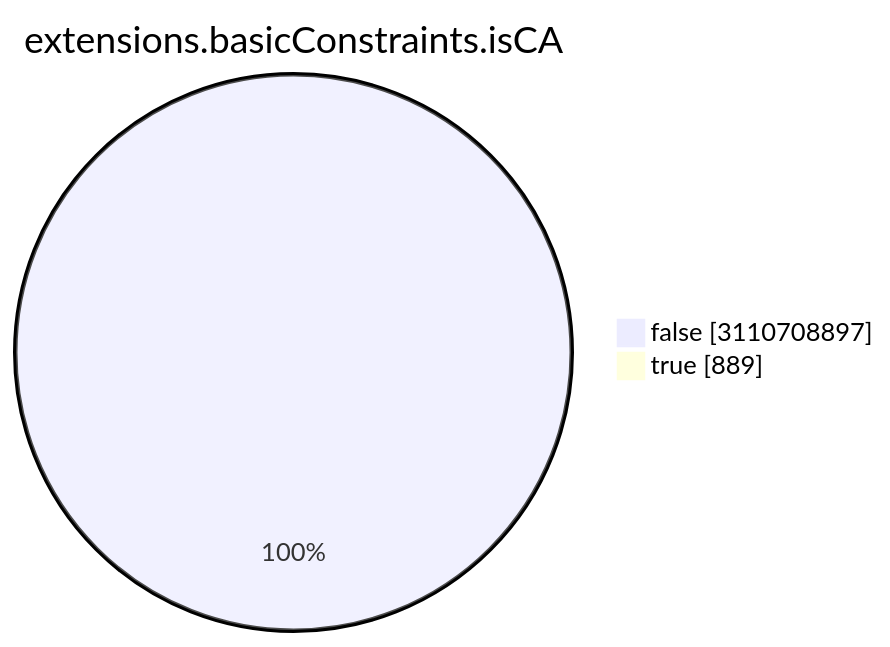
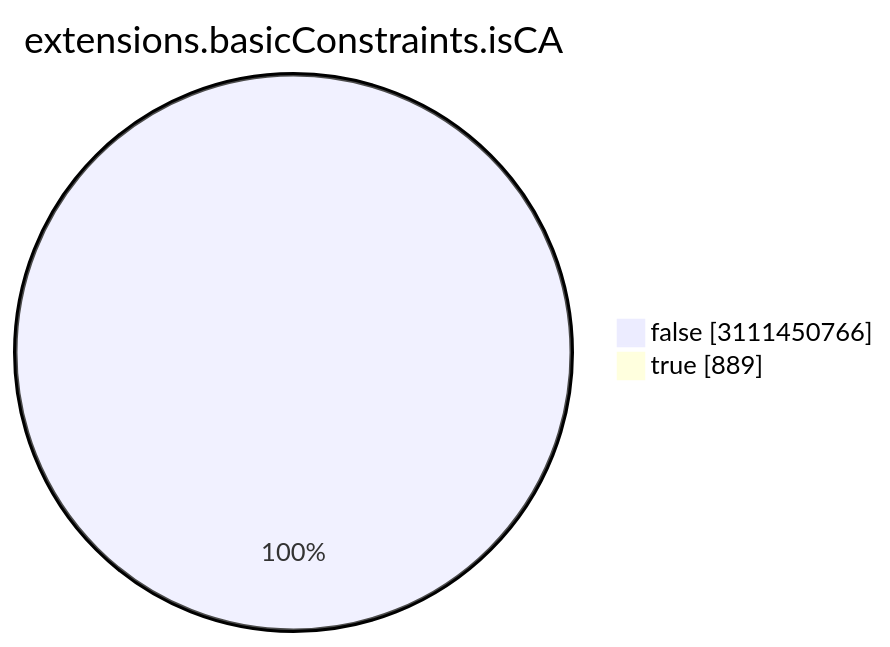
Before and after one commit to christiankrug/ctmonitor_visualization: the seventh of 15 diagrams in TOTAL/README.md, drawn with Mermaid. The commit also changed other lines of this file, not shown here.

````diff
--- a/TOTAL/README.md
+++ b/TOTAL/README.md
@@ -3086,6 +3086,6 @@
 ```mermaid
 pie showData
 title extensions.basicConstraints.isCA
-"false" :3110708897
+"false" :3111450766
 "true" :889
 ```
````
